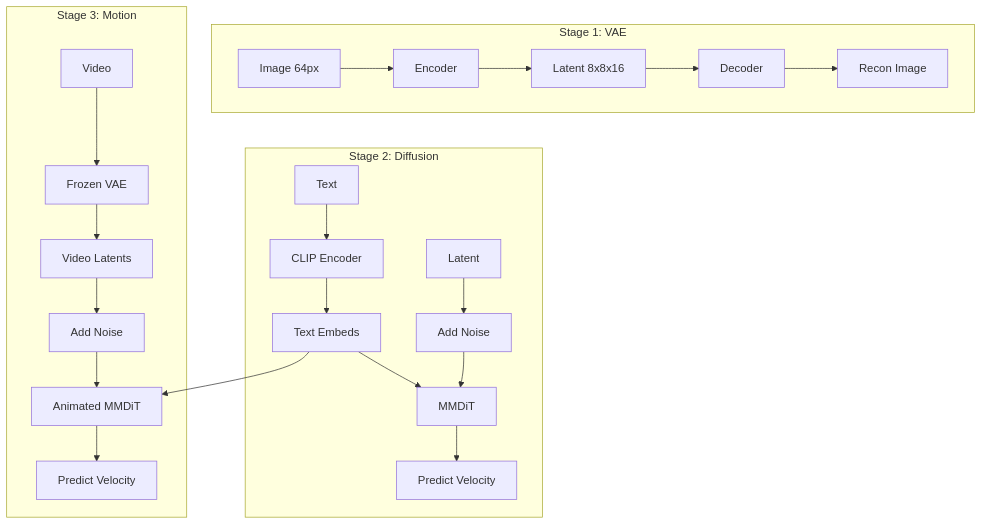
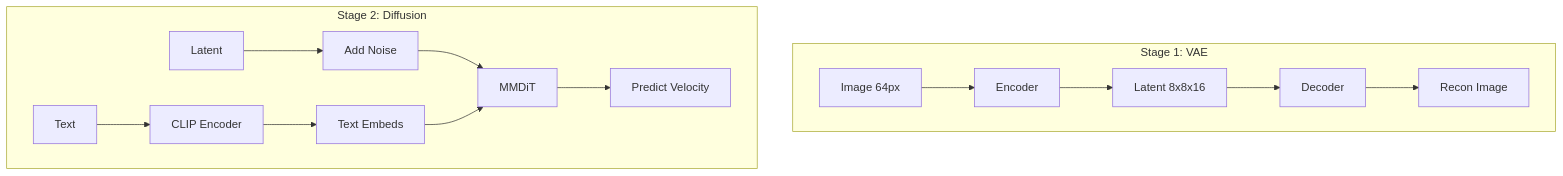
The diagram in README.md (junyeong-nero/tiny-stable-diffusion), drawn with Mermaid before and after one commit. The commit also changed other lines of this file, not shown here.

````diff
--- a/README.md
+++ b/README.md
@@ -52,27 +49,19 @@
 ```mermaid
 graph TD
     subgraph Stage 1: VAE
     I[Image 64px] --> E[Encoder]
     E --> L[Latent 8x8x16]
     L --> D[Decoder]
     D --> R[Recon Image]
     end
     
     subgraph Stage 2: Diffusion
     T[Text] --> CLIP[CLIP Encoder]
     CLIP --> Emb[Text Embeds]
     L2[Latent] --> Noise[Add Noise]
     Noise --> MMDiT
     Emb --> MMDiT
     MMDiT --> Pred[Predict Velocity]
     end
 
-    subgraph Stage 3: Motion
-    V[Video] --> VAE_E[Frozen VAE]
-    VAE_E --> VL[Video Latents]
-    VL --> M_Noise[Add Noise]
-    M_Noise --> AMMDiT[Animated MMDiT]
-    Emb --> AMMDiT
-    AMMDiT --> M_Pred[Predict Velocity]
-    end
 ```
````
